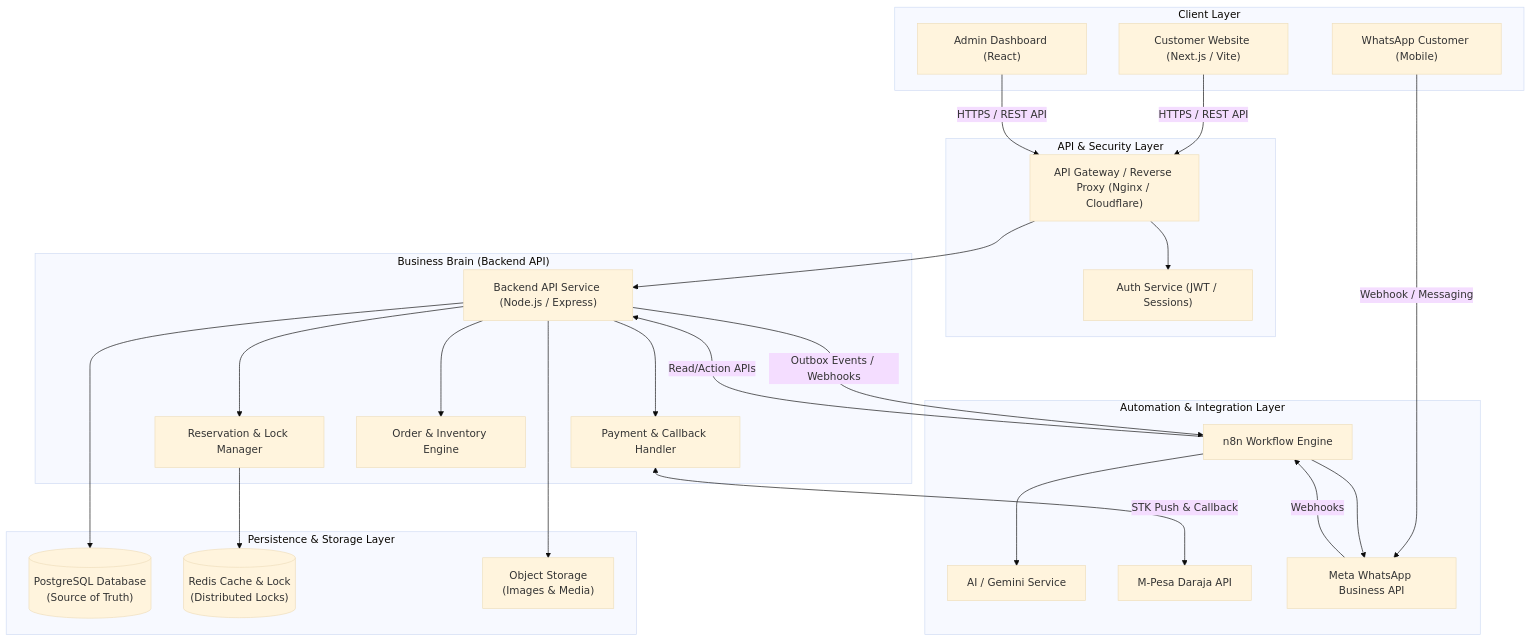
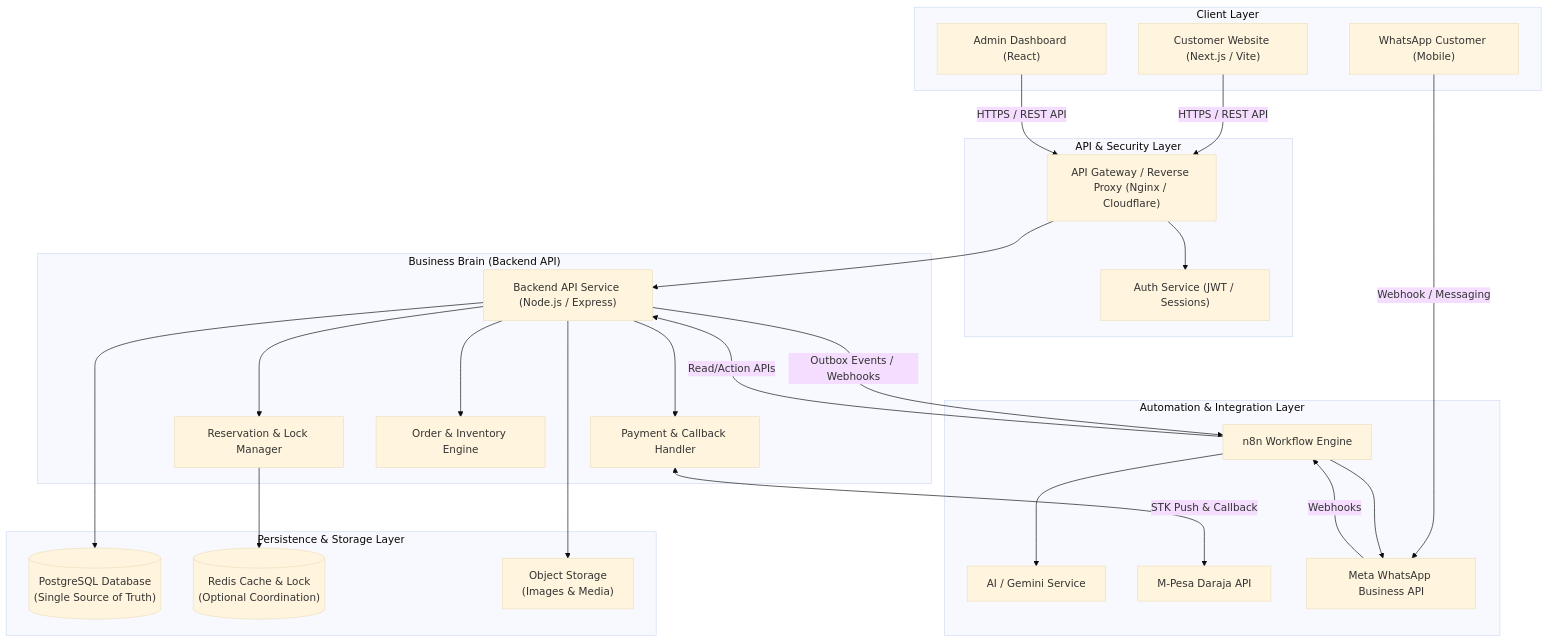
One commit to chiefin933/LuxeWear-KENYA changed the first of 2 diagrams in LUXEWEAR_SYSTEM_ARCHITECTURE.md. Above: the diagram before and after it, drawn with Mermaid (base theme). The commit also changed other lines of this file and 2 other files, not shown here.

Commit message:
fix(schema): apply 12 structural audit corrections to Prisma schema & database blueprint

````diff
--- a/LUXEWEAR_SYSTEM_ARCHITECTURE.md
+++ b/LUXEWEAR_SYSTEM_ARCHITECTURE.md
@@ -28,55 +28,55 @@
 ```mermaid
 graph TD
     subgraph Clients["Client Layer"]
         C_WEB["Customer Website (Next.js / Vite)"]
         C_ADM["Admin Dashboard (React)"]
         C_WA["WhatsApp Customer (Mobile)"]
     end
 
     subgraph Gateway["API & Security Layer"]
         GW["API Gateway / Reverse Proxy (Nginx / Cloudflare)"]
         AUTH["Auth Service (JWT / Sessions)"]
     end
 
     subgraph CoreBackend["Business Brain (Backend API)"]
         API["Backend API Service (Node.js / Express)"]
         RES_MGR["Reservation & Lock Manager"]
         PAY_MGR["Payment & Callback Handler"]
         ORD_MGR["Order & Inventory Engine"]
     end
 
     subgraph DataLayer["Persistence & Storage Layer"]
-        DB[("PostgreSQL Database\n(Source of Truth)")]
-        REDIS[("Redis Cache & Lock\n(Distributed Locks)")]
+        DB[("PostgreSQL Database\n(Single Source of Truth)")]
+        REDIS[("Redis Cache & Lock\n(Optional Coordination)")]
         S3["Object Storage\n(Images & Media)"]
     end
 
     subgraph AutomationLayer["Automation & Integration Layer"]
         N8N["n8n Workflow Engine"]
         AI_SVC["AI / Gemini Service"]
         DAR_API["M-Pesa Daraja API"]
         WA_API["Meta WhatsApp Business API"]
     end
 
     C_WEB -->|HTTPS / REST API| GW
     C_ADM -->|HTTPS / REST API| GW
     C_WA -->|Webhook / Messaging| WA_API
 
     GW --> AUTH
     GW --> API
 
     API --> RES_MGR
     API --> PAY_MGR
     API --> ORD_MGR
 
     RES_MGR --> REDIS
     API --> DB
     API --> S3
 
     API -->|Outbox Events / Webhooks| N8N
     N8N -->|Read/Action APIs| API
     N8N --> AI_SVC
     N8N --> WA_API
     PAY_MGR <-->|STK Push & Callback| DAR_API
     WA_API -->|Webhooks| N8N
 ```
````
